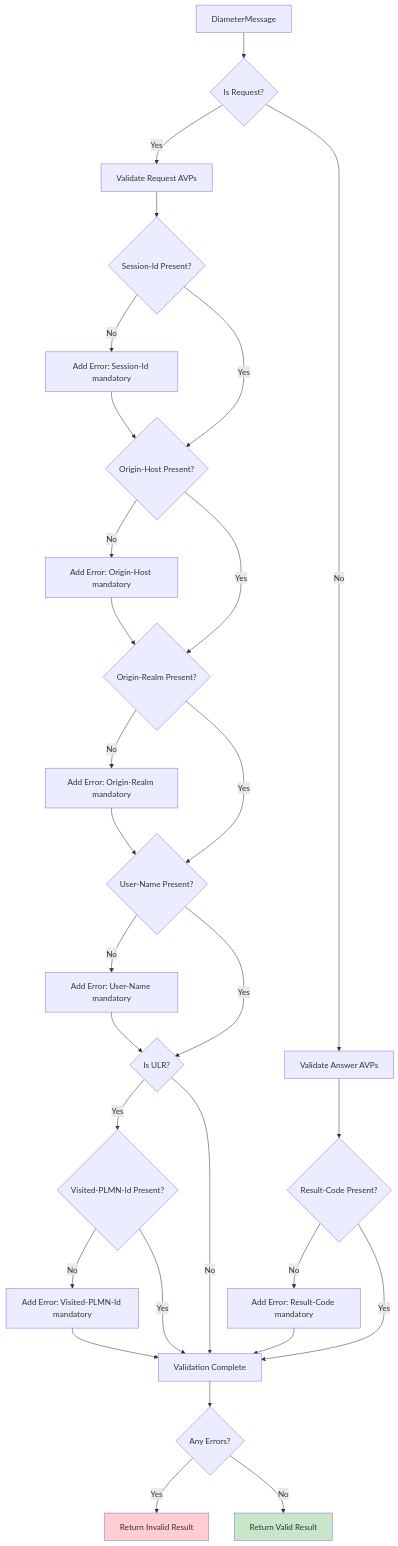
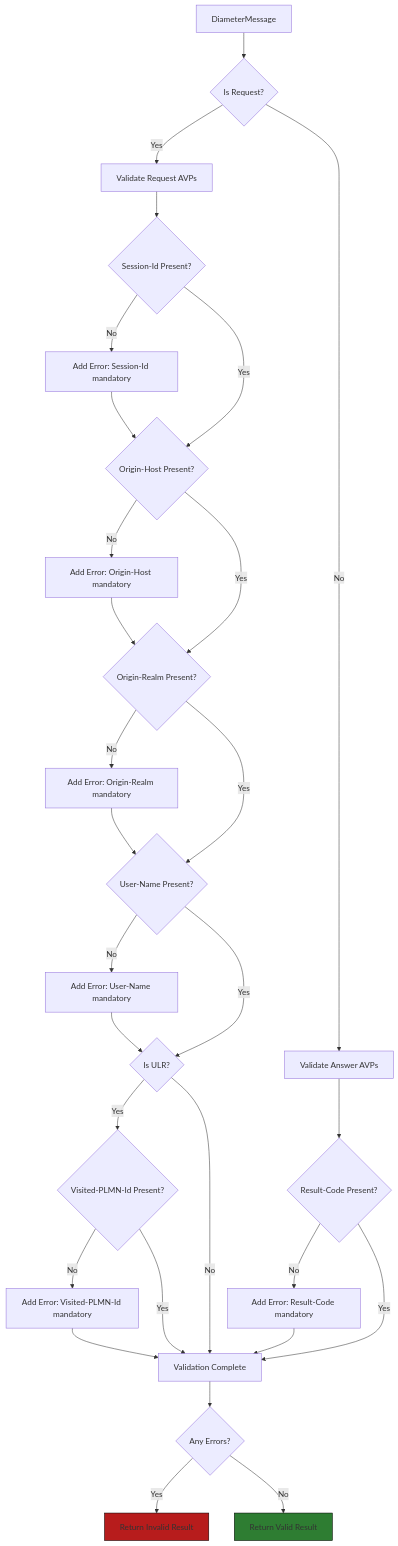
The fourth of 7 diagrams in docs/SYSTEM_DOCUMENTATION.md (AlonBletter/diameter-s6a), drawn with Mermaid before and after one commit. The commit also changed other lines of this file and 1 other file, not shown here.

````diff
--- a/docs/SYSTEM_DOCUMENTATION.md
+++ b/docs/SYSTEM_DOCUMENTATION.md
@@ -419,38 +372,38 @@
 ```mermaid
 flowchart TD
     A[DiameterMessage] --> B{Is Request?}
     
     B -->|Yes| C[Validate Request AVPs]
     C --> D{Session-Id Present?}
     D -->|No| E[Add Error: Session-Id mandatory]
     D -->|Yes| F{Origin-Host Present?}
     F -->|No| G[Add Error: Origin-Host mandatory]
     F -->|Yes| H{Origin-Realm Present?}
     H -->|No| I[Add Error: Origin-Realm mandatory]
     H -->|Yes| J{User-Name Present?}
     J -->|No| K[Add Error: User-Name mandatory]
     J -->|Yes| L{Is ULR?}
     L -->|Yes| M{Visited-PLMN-Id Present?}
     M -->|No| N[Add Error: Visited-PLMN-Id mandatory]
     M -->|Yes| O[Validation Complete]
     L -->|No| O
     
     B -->|No| P[Validate Answer AVPs]
     P --> Q{Result-Code Present?}
     Q -->|No| R[Add Error: Result-Code mandatory]
     Q -->|Yes| O
     
     E --> F
     G --> H
     I --> J
     K --> L
     N --> O
     R --> O
     
     O --> S{Any Errors?}
     S -->|Yes| T[Return Invalid Result]
     S -->|No| U[Return Valid Result]
 
-    style T fill:#ffcdd2
-    style U fill:#c8e6c9
+    style T fill:#b71c1c,stroke:#000,stroke-width:1px   %% Dark red
+    style U fill:#2e7d32,stroke:#000,stroke-width:1px   %% Dark green
 ```
````
